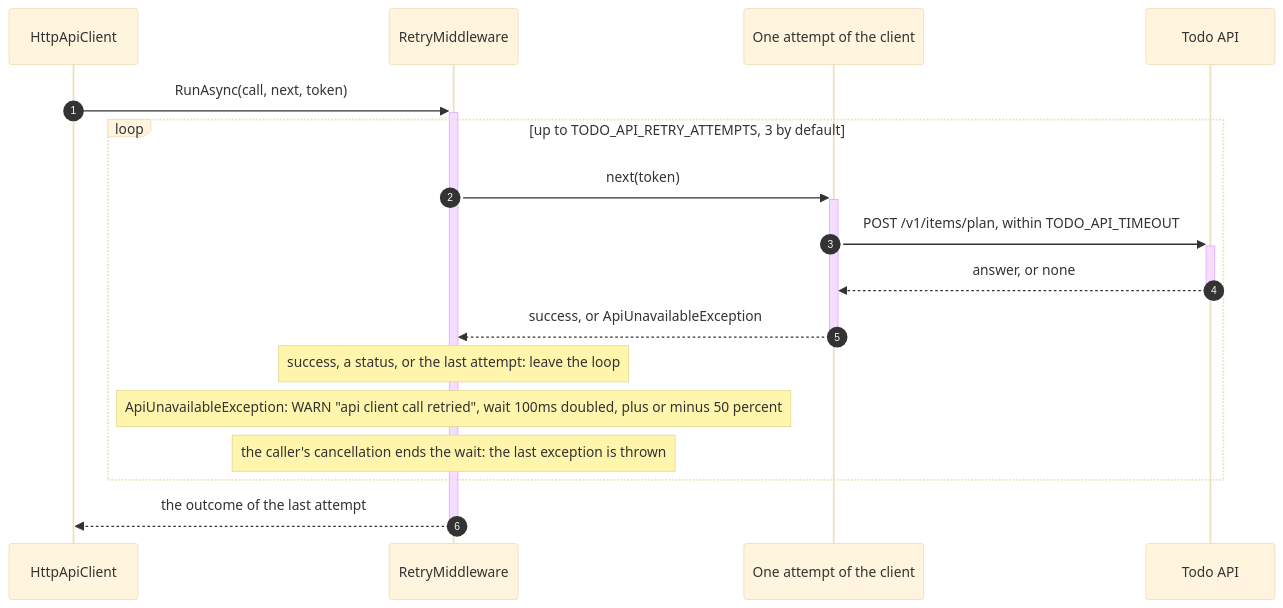
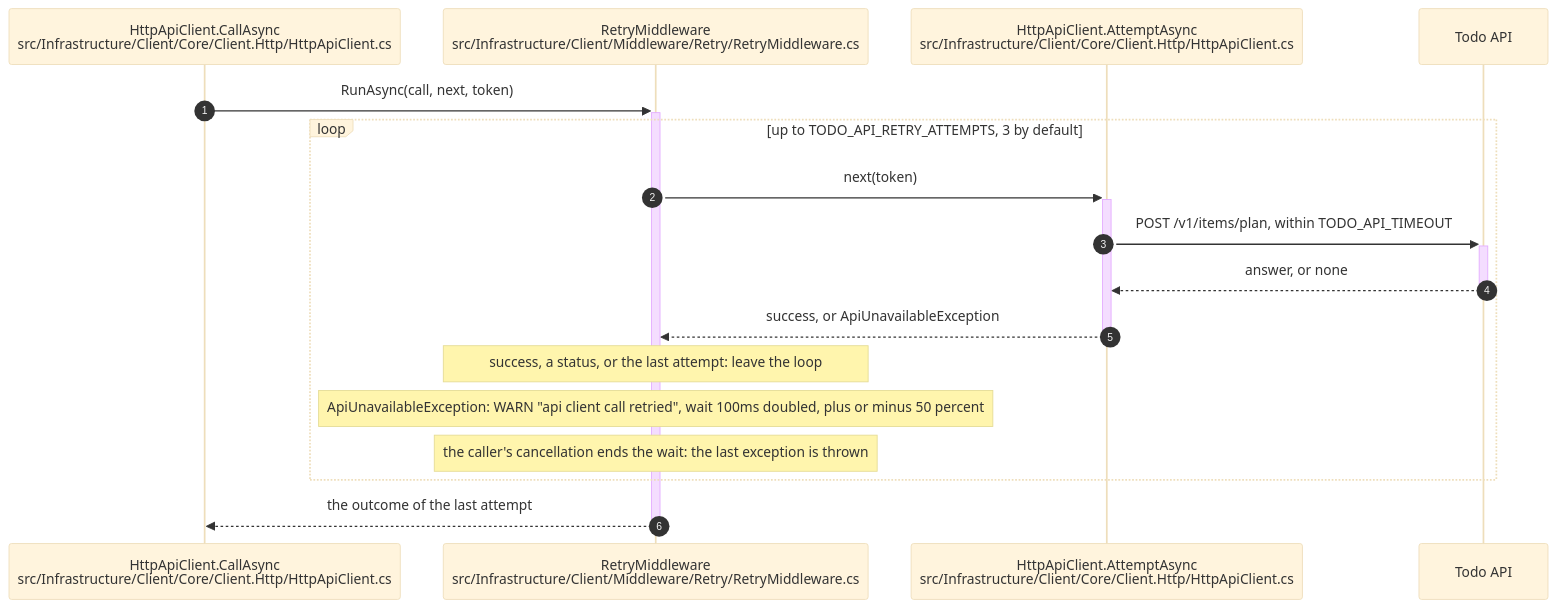
One commit to InsonusK/ai-skills changed the diagram in library/architecture/dotnet/vp-client-retry-in-dotnet.skill/diagrams/example-flow.mmd. Above: the diagram before and after it, drawn with Mermaid (base theme). The commit also changed 9 other files, not shown here.

Commit message:
vp-diagrams: each participant of a sequence names its real class and its file

```diff
--- a/library/architecture/dotnet/vp-client-retry-in-dotnet.skill/diagrams/example-flow.mmd
+++ b/library/architecture/dotnet/vp-client-retry-in-dotnet.skill/diagrams/example-flow.mmd
@@ -1,18 +1,18 @@
 sequenceDiagram
     autonumber
-    participant Client as HttpApiClient
-    participant Retry as RetryMiddleware
-    participant Attempt as One attempt of the client
+    participant Client as HttpApiClient.CallAsync<br/>src/Infrastructure/Client/Core/Client.Http/HttpApiClient.cs
+    participant Retry as RetryMiddleware<br/>src/Infrastructure/Client/Middleware/Retry/RetryMiddleware.cs
+    participant Attempt as HttpApiClient.AttemptAsync<br/>src/Infrastructure/Client/Core/Client.Http/HttpApiClient.cs
     participant API as Todo API
 
     Client->>+Retry: RunAsync(call, next, token)
     loop up to TODO_API_RETRY_ATTEMPTS, 3 by default
         Retry->>+Attempt: next(token)
         Attempt->>+API: POST /v1/items/plan, within TODO_API_TIMEOUT
         API-->>-Attempt: answer, or none
         Attempt-->>-Retry: success, or ApiUnavailableException
         Note over Retry: success, a status, or the last attempt: leave the loop
         Note over Retry: ApiUnavailableException: WARN "api client call retried", wait 100ms doubled, plus or minus 50 percent
         Note over Retry: the caller's cancellation ends the wait: the last exception is thrown
     end
     Retry-->>-Client: the outcome of the last attempt
```
